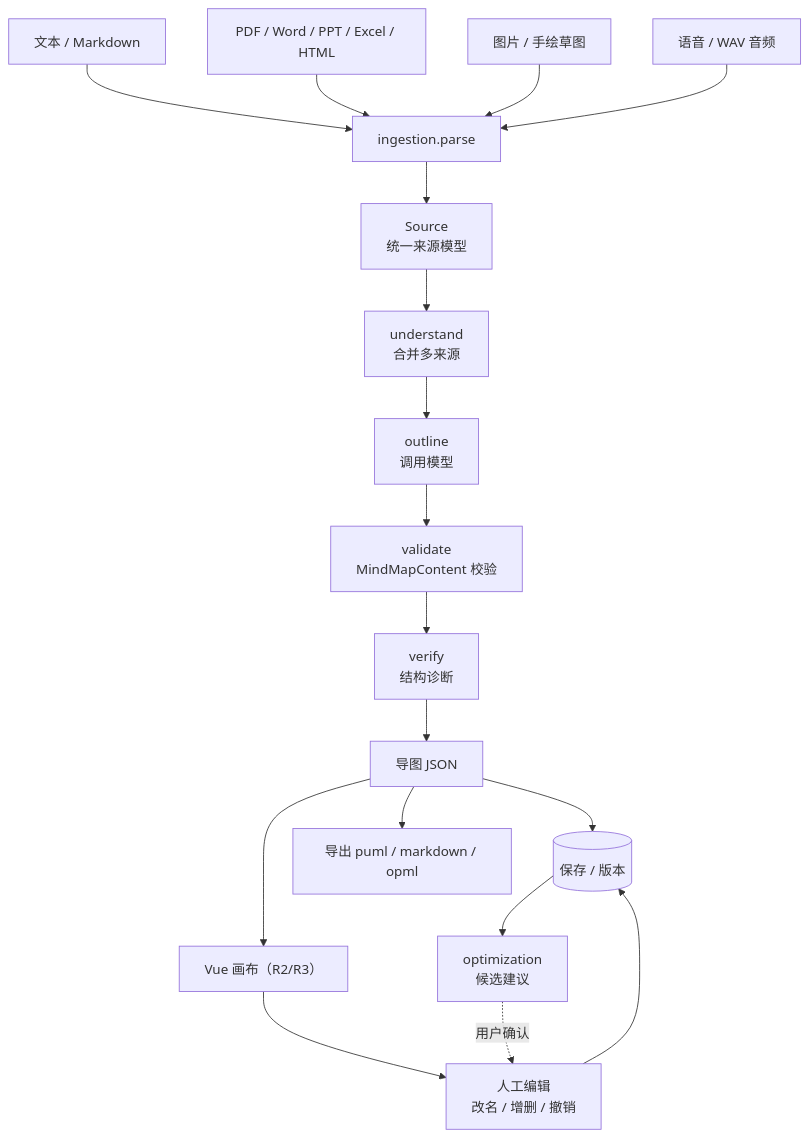
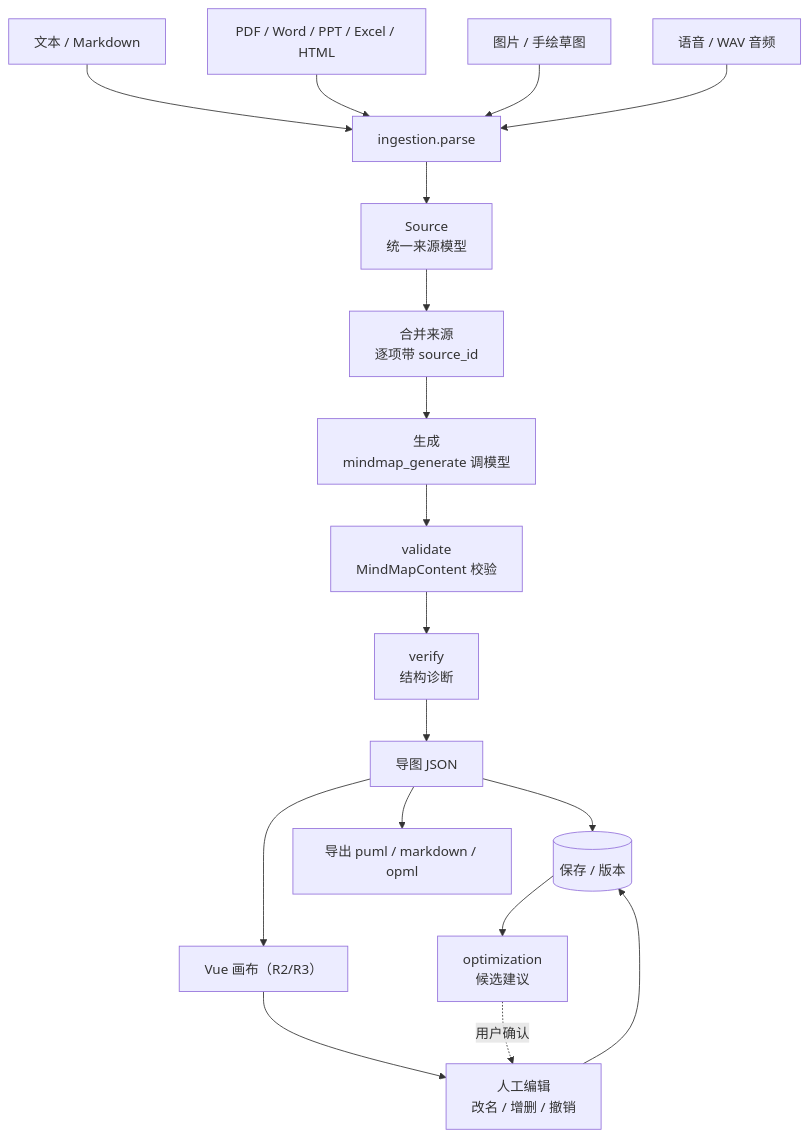
One commit to RPeGio/genai-mindmap changed the diagram in docs/FLOW.md. Above: the diagram before and after it, drawn with Mermaid. The commit also changed other lines of this file and 5 other files, not shown here.

````diff
--- a/docs/FLOW.md
+++ b/docs/FLOW.md
@@ -7,22 +7,22 @@
 ```mermaid
 flowchart TD
   A1[文本 / Markdown] --> S[ingestion.parse]
   A2[PDF / Word / PPT / Excel / HTML] --> S
   A3[图片 / 手绘草图] --> S
   A4[语音 / WAV 音频] --> S
 
   S --> SRC[Source<br/>统一来源模型]
-  SRC --> U[understand<br/>合并多来源]
-  U --> O[outline<br/>调用模型]
+  SRC --> U[合并来源<br/>逐项带 source_id]
+  U --> O[生成<br/>mindmap_generate 调模型]
   O --> V[validate<br/>MindMapContent 校验]
   V --> R[verify<br/>结构诊断]
   R --> MAP[导图 JSON]
 
   MAP --> SAVE[(保存 / 版本)]
   MAP --> CANVAS[Vue 画布（R2/R3）]
   CANVAS --> EDIT[人工编辑<br/>改名 / 增删 / 撤销]
   EDIT --> SAVE
   MAP --> EXP[导出 puml / markdown / opml]
   SAVE --> SUG[optimization<br/>候选建议]
   SUG -.用户确认.-> EDIT
 ```
````
